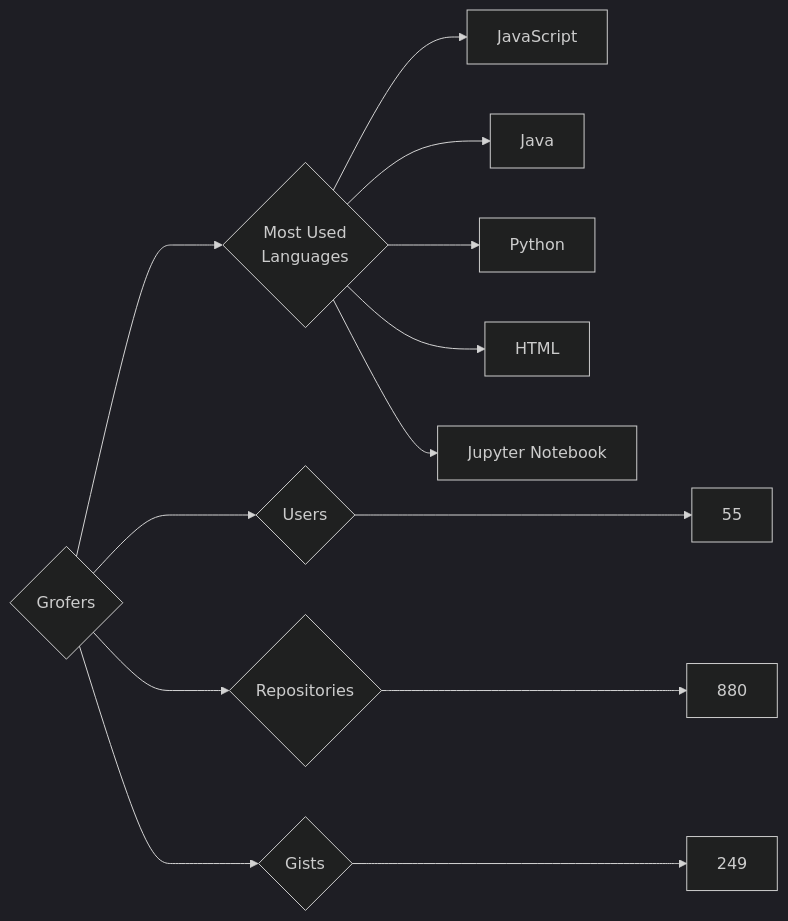
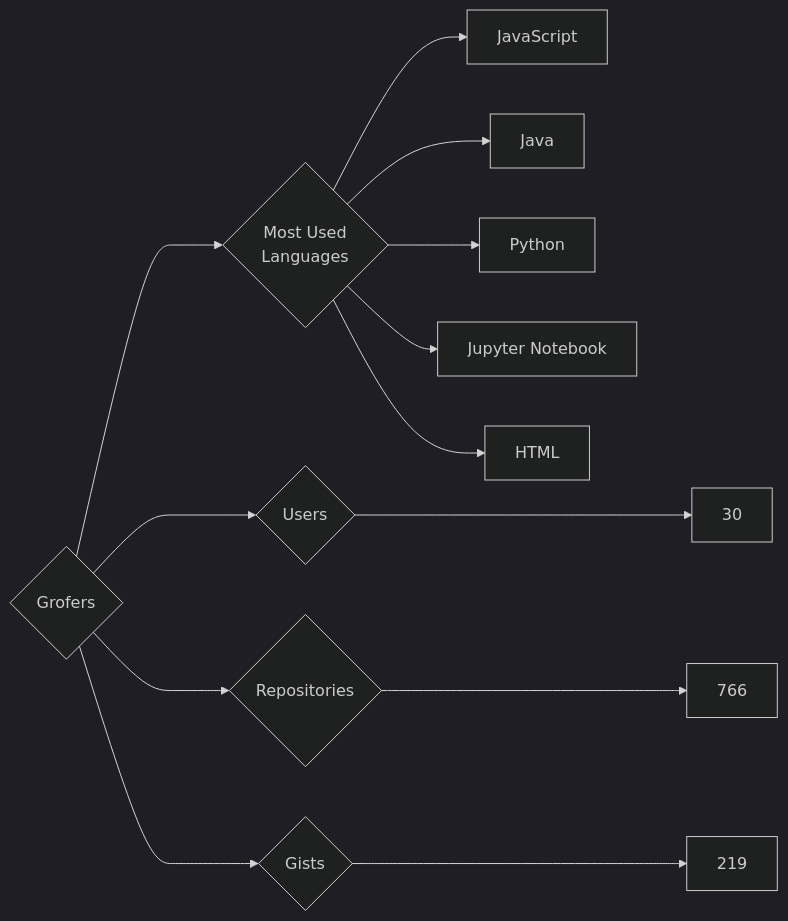
One commit to trickest/insiders changed the diagram in targets/Grofers/README.md. Above: the diagram before and after it, drawn with Mermaid (dark theme). The commit also changed 757 other files, not shown here.

````diff
--- a/targets/Grofers/README.md
+++ b/targets/Grofers/README.md
@@ -3,13 +3,13 @@
 ```mermaid
 graph LR
 COMPANY_NAME{Grofers}
-COMPANY_NAME ---> U{Users} ---> UN[55]
-COMPANY_NAME ---> R{Repositories} ---> RN[880]
-COMPANY_NAME ---> G{Gists} ---> GN[249]
+COMPANY_NAME ---> U{Users} ---> UN[30]
+COMPANY_NAME ---> R{Repositories} ---> RN[766]
+COMPANY_NAME ---> G{Gists} ---> GN[219]
 COMPANY_NAME ---> ML{Most Used<br>Languages}
 ML --> JavaScript[JavaScript]
 ML --> Java[Java]
 ML --> Python[Python]
+ML --> Jupyter_Notebook[Jupyter Notebook]
 ML --> HTML[HTML]
-ML --> Jupyter_Notebook[Jupyter Notebook]
 ```
````
